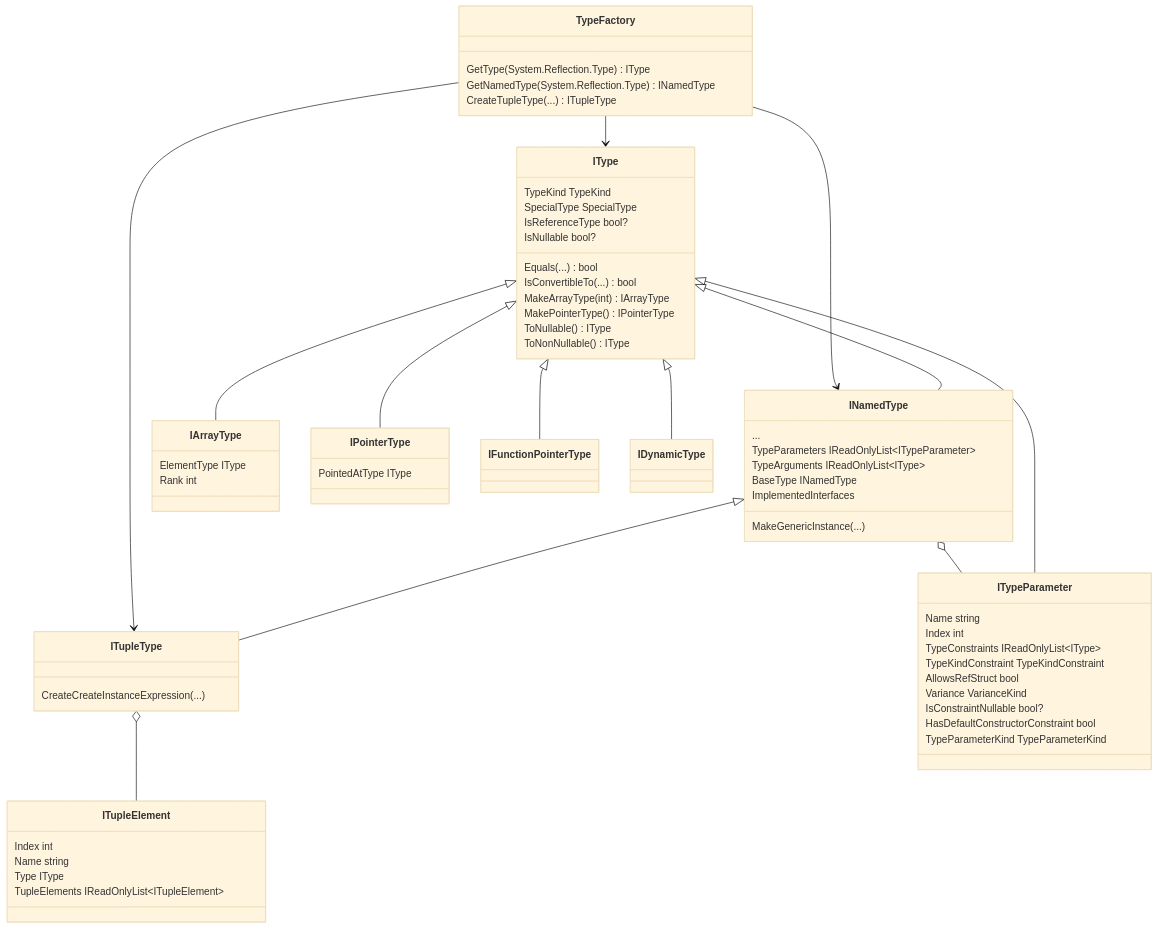
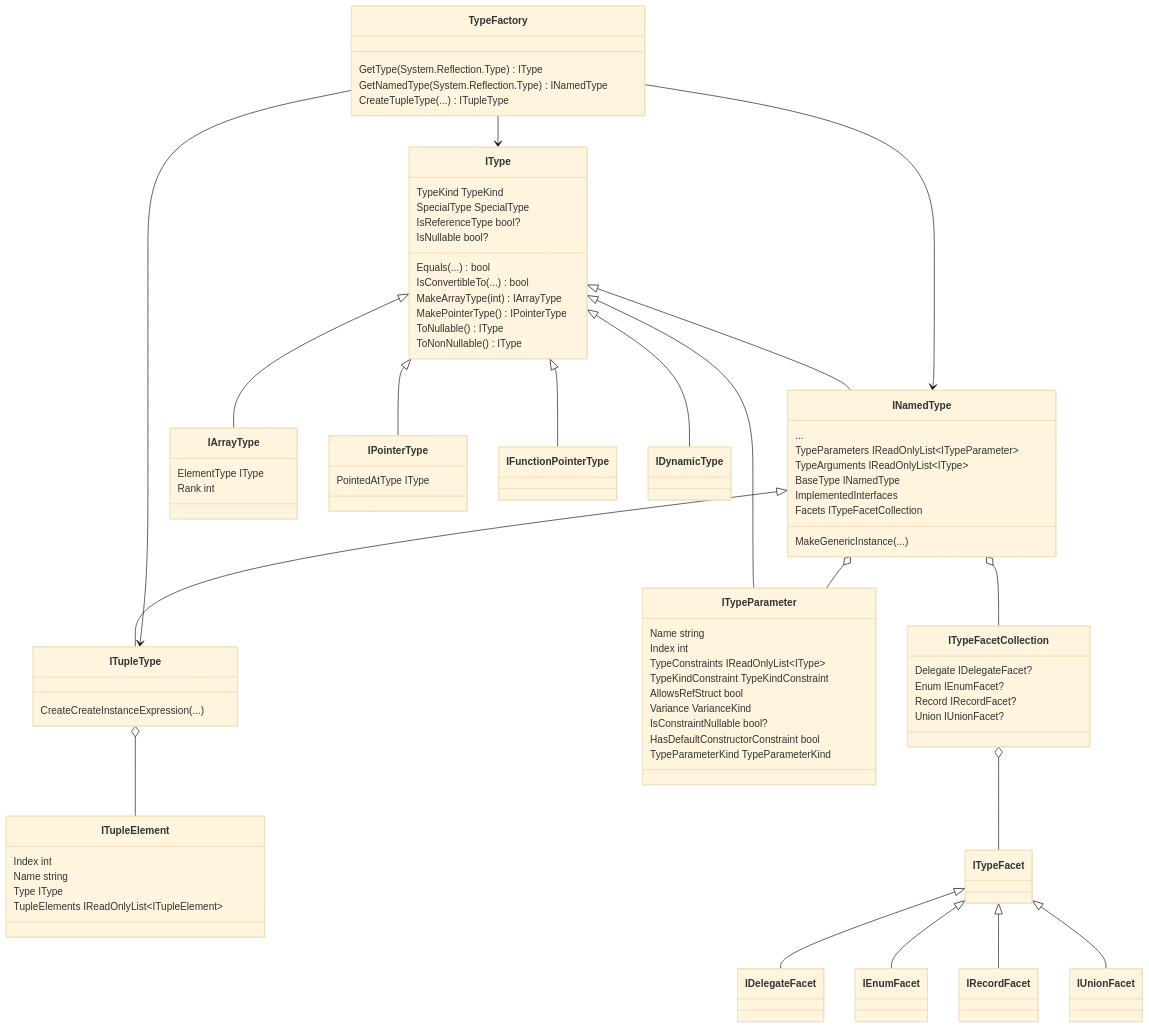
One commit to metalama/Metalama.Documentation changed the diagram in content/conceptual/aspects/type-system.md. Above: the diagram before and after it, drawn with Mermaid (base theme). The commit also changed other lines of this file and 7 other files, not shown here.

Commit message:
Document type facets in type-system (#297)

```diff
--- a/content/conceptual/aspects/type-system.md
+++ b/content/conceptual/aspects/type-system.md
@@ -45,6 +45,21 @@
           BaseType INamedType
           ImplementedInterfaces
           MakeGenericInstance(...)
+          Facets ITypeFacetCollection
+      }
+
+      INamedType o-- ITypeFacetCollection
+      ITypeFacetCollection o-- ITypeFacet
+      ITypeFacet <|-- IDelegateFacet
+      ITypeFacet <|-- IEnumFacet
+      ITypeFacet <|-- IRecordFacet
+      ITypeFacet <|-- IUnionFacet
+
+      class ITypeFacetCollection {
+          Delegate IDelegateFacet?
+          Enum IEnumFacet?
+          Record IRecordFacet?
+          Union IUnionFacet?
       }
 
     class IArrayType {
```
